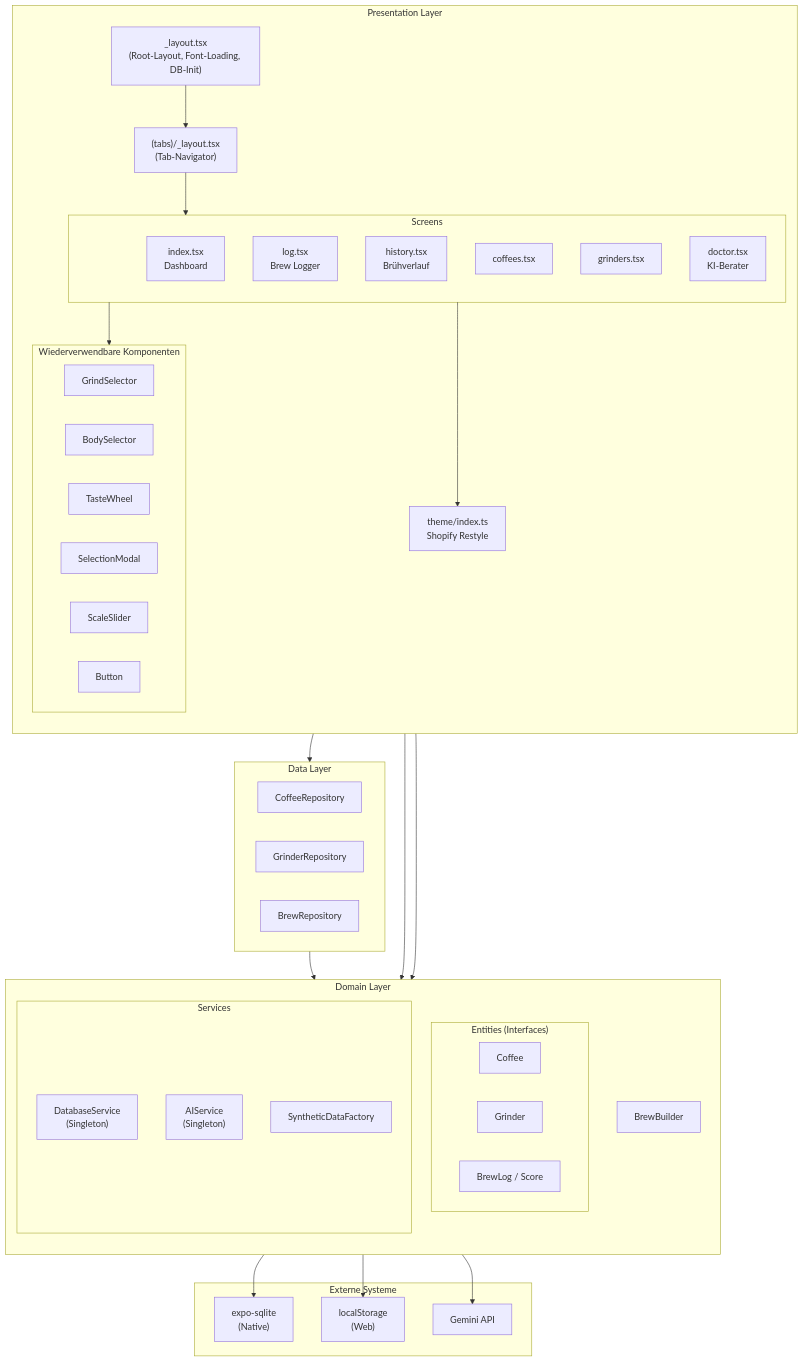
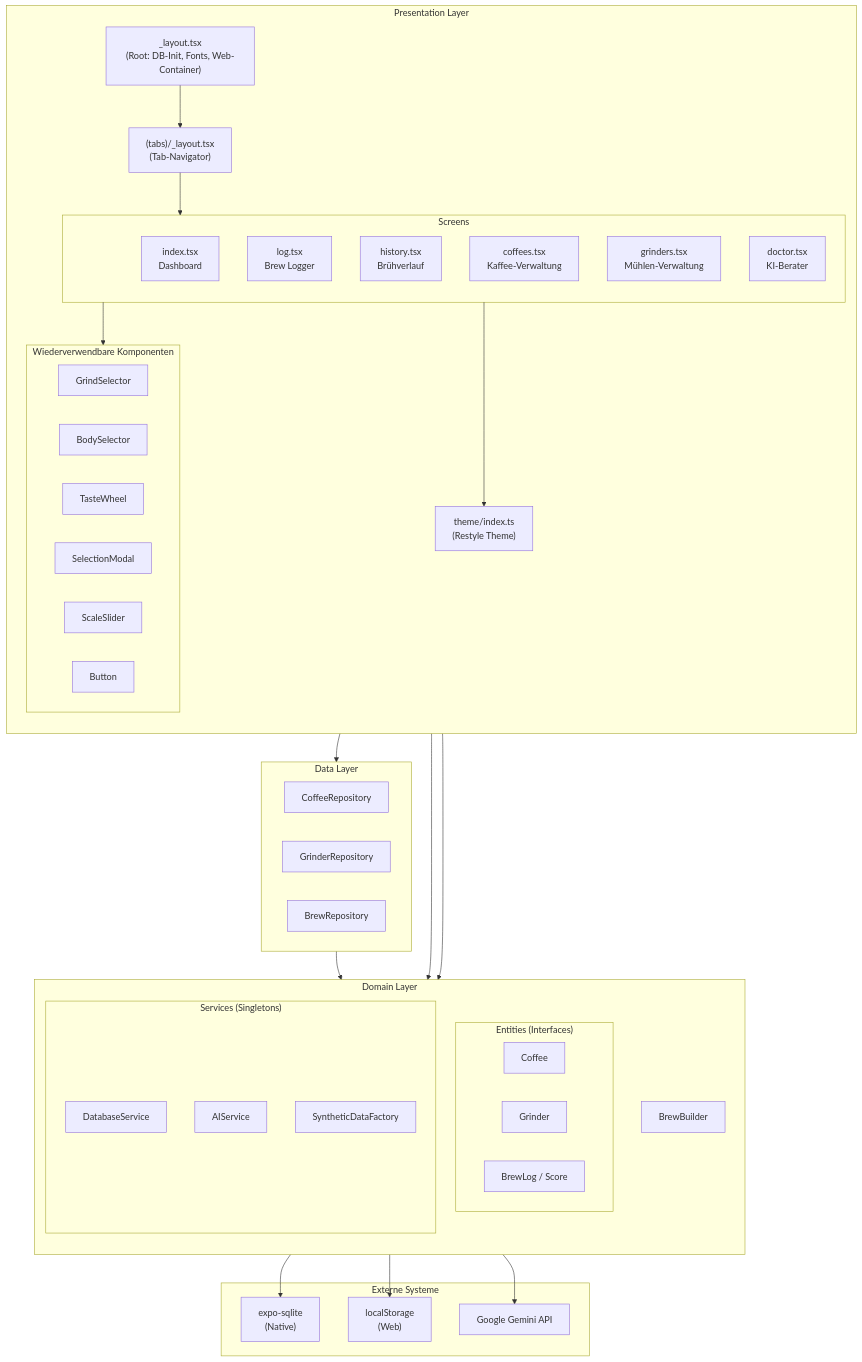
Before and after one commit to zobe03/Coffee-app: the second of 4 diagrams in README.md, drawn with Mermaid. The commit also changed other lines of this file, not shown here.

````diff
--- a/README.md
+++ b/README.md
@@ -382,71 +419,71 @@
 ```mermaid
 graph TB
     subgraph Presentation["Presentation Layer"]
         direction TB
-        RootLayout["_layout.tsx<br/>(Root-Layout, Font-Loading, DB-Init)"]
+        RootLayout["_layout.tsx<br/>(Root: DB-Init, Fonts, Web-Container)"]
         TabLayout["(tabs)/_layout.tsx<br/>(Tab-Navigator)"]
         
         subgraph Screens["Screens"]
             Home["index.tsx<br/>Dashboard"]
             Log["log.tsx<br/>Brew Logger"]
             History["history.tsx<br/>Brühverlauf"]
-            Coffees["coffees.tsx"]
-            Grinders["grinders.tsx"]
+            Coffees["coffees.tsx<br/>Kaffee-Verwaltung"]
+            Grinders["grinders.tsx<br/>Mühlen-Verwaltung"]
             Doctor["doctor.tsx<br/>KI-Berater"]
         end
 
         subgraph Components["Wiederverwendbare Komponenten"]
             GrindSel["GrindSelector"]
             BodySel["BodySelector"]
             TasteW["TasteWheel"]
             SelModal["SelectionModal"]
             ScaleS["ScaleSlider"]
             Btn["Button"]
         end
 
-        Theme["theme/index.ts<br/>Shopify Restyle"]
+        Theme["theme/index.ts<br/>(Restyle Theme)"]
     end
 
     subgraph Domain["Domain Layer"]
         direction TB
         subgraph Entities["Entities (Interfaces)"]
-            Coffee2["Coffee"]
-            Grinder2["Grinder"]
-            BrewLog2["BrewLog / Score"]
+            CoffeeE["Coffee"]
+            GrinderE["Grinder"]
+            BrewLogE["BrewLog / Score"]
         end
         
-        subgraph Services["Services"]
-            DBService["DatabaseService<br/>(Singleton)"]
-            AIServ["AIService<br/>(Singleton)"]
+        subgraph Services["Services (Singletons)"]
+            DBService["DatabaseService"]
+            AIServ["AIService"]
             SynFactory["SyntheticDataFactory"]
         end
         
         Builder["BrewBuilder"]
     end
 
     subgraph Data["Data Layer"]
         CoffeeRepo["CoffeeRepository"]
         GrinderRepo["GrinderRepository"]
         BrewRepo["BrewRepository"]
     end
 
     subgraph External["Externe Systeme"]
         SQLite["expo-sqlite<br/>(Native)"]
         LocalStorage["localStorage<br/>(Web)"]
-        Gemini["Gemini API"]
+        Gemini["Google Gemini API"]
     end
 
     RootLayout --> TabLayout
     TabLayout --> Screens
     Screens --> Components
     Screens --> Theme
 
     Log --> Builder
     Doctor --> AIServ
     Screens --> Data
 
     Data --> DBService
     DBService --> SQLite
     DBService --> LocalStorage
     AIServ --> Gemini
 ```
````
